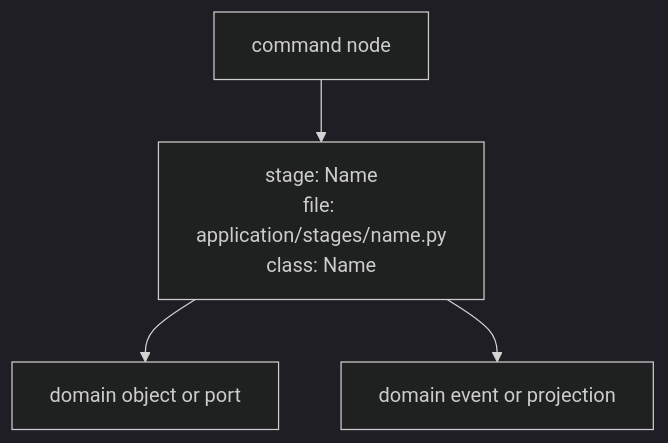
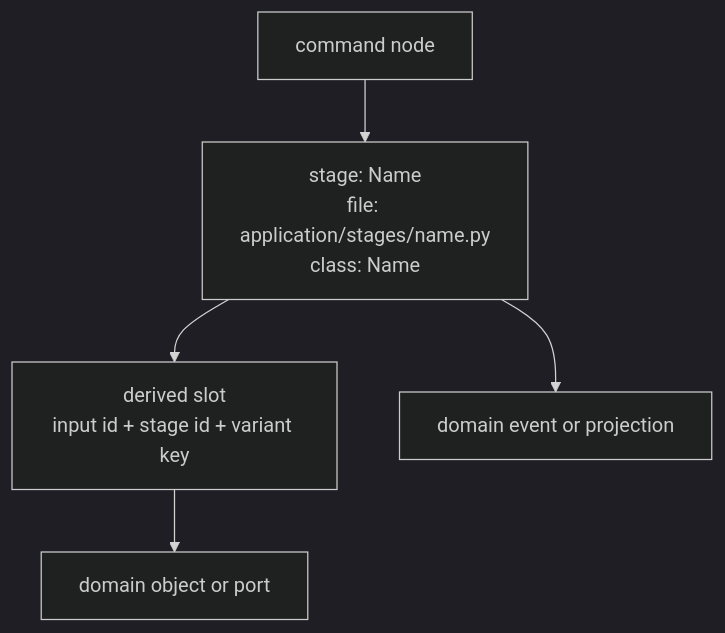
Diagram 12 of 14 in .enclosure/plans/planning-workflow/UML.md (9orky/enclosure), drawn with Mermaid (dark theme) before and after one commit. The commit also changed other lines of this file and 10 other files, not shown here.

````diff
--- a/.enclosure/plans/planning-workflow/UML.md
+++ b/.enclosure/plans/planning-workflow/UML.md
@@ -367,6 +390,7 @@
 ```mermaid
 flowchart TD
     Command["command node"] --> Stage["stage: Name\nfile: application/stages/name.py\nclass: Name"]
-    Stage --> Domain["domain object or port"]
+    Stage --> Slot["derived slot\ninput id + stage id + variant key"]
+    Slot --> Domain["domain object or port"]
     Stage --> Event["domain event or projection"]
 ```
````
